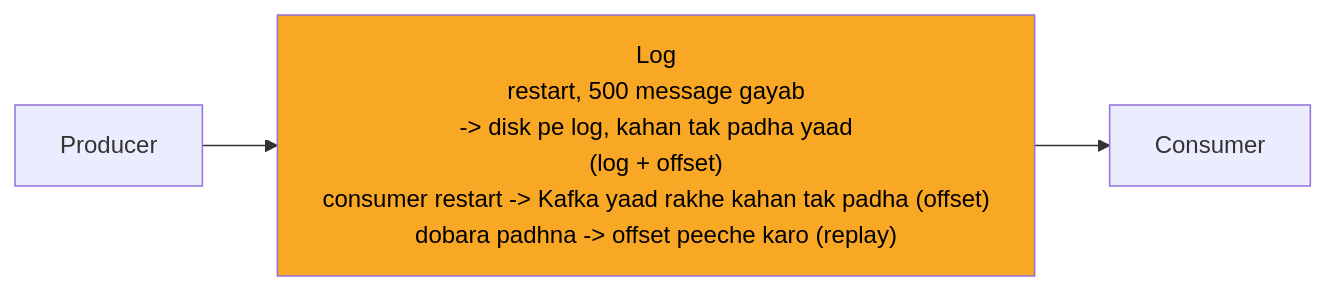
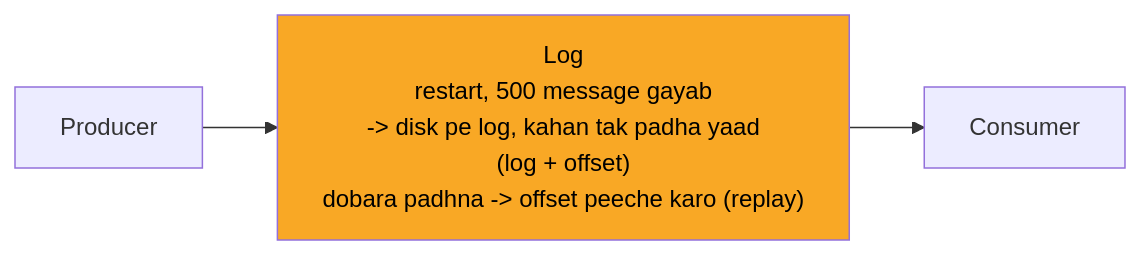
The second of 12 diagrams in 04_HLD/SYSTEM_DESIGNS/12_message_queue_kafka/12_message_queue_kafka.md (ArpanMaheshwari144/Prep), drawn with Mermaid before and after one commit. The commit also changed other lines of this file and 13 other files, not shown here.

````diff
--- a/04_HLD/SYSTEM_DESIGNS/12_message_queue_kafka/12_message_queue_kafka.md
+++ b/04_HLD/SYSTEM_DESIGNS/12_message_queue_kafka/12_message_queue_kafka.md
@@ -92,10 +92,10 @@
 ```mermaid
 %%{init: {"flowchart": {"wrappingWidth": 450}}}%%
 flowchart LR
     n_P["Producer"]
-    n_L["Log<br/>restart, 500 message gayab<br/>-> disk pe log, kahan tak padha yaad<br/>(log + offset)<br/>consumer restart -> Kafka yaad rakhe kahan tak padha (offset)<br/>dobara padhna -> offset peeche karo (replay)"]
+    n_L["Log<br/>restart, 500 message gayab<br/>-> disk pe log, kahan tak padha yaad<br/>(log + offset)<br/>dobara padhna -> offset peeche karo (replay)"]
     n_C["Consumer"]
     n_P --> n_L
     n_L --> n_C
     style n_L fill:#f9a825,color:#000
 ```
````
